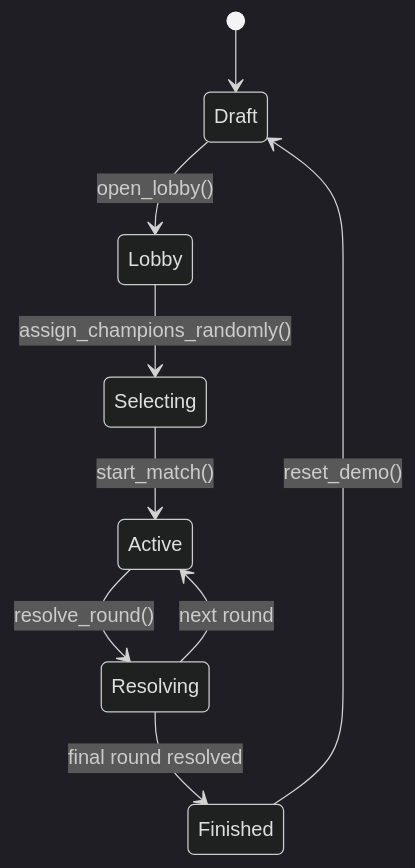
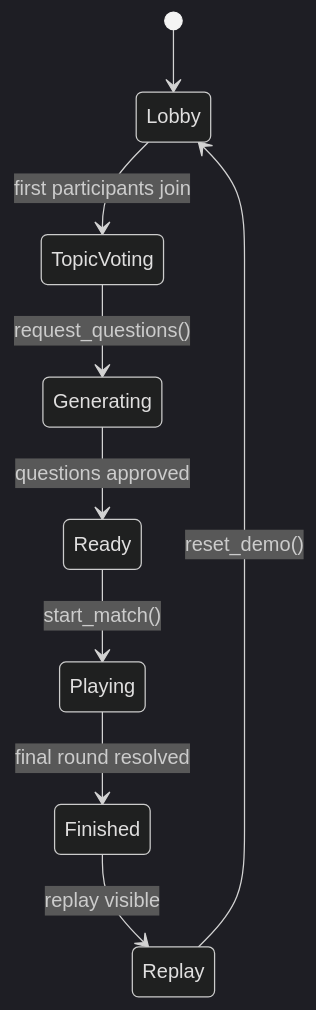
The third of 4 diagrams in docs/architecture.md (roshaninfordham/quizel), drawn with Mermaid (dark theme) before and after one commit. The commit also changed other lines of this file and 76 other files, not shown here.

````diff
--- a/docs/architecture.md
+++ b/docs/architecture.md
@@ -84,11 +58,11 @@
 ```mermaid
 stateDiagram-v2
-    [*] --> Draft
-    Draft --> Lobby: open_lobby()
-    Lobby --> Selecting: assign_champions_randomly()
-    Selecting --> Active: start_match()
-    Active --> Resolving: resolve_round()
-    Resolving --> Active: next round
-    Resolving --> Finished: final round resolved
-    Finished --> Draft: reset_demo()
+    [*] --> Lobby
+    Lobby --> TopicVoting: first participants join
+    TopicVoting --> Generating: request_questions()
+    Generating --> Ready: questions approved
+    Ready --> Playing: start_match()
+    Playing --> Finished: final round resolved
+    Finished --> Replay: replay visible
+    Replay --> Lobby: reset_demo()
 ```
````
